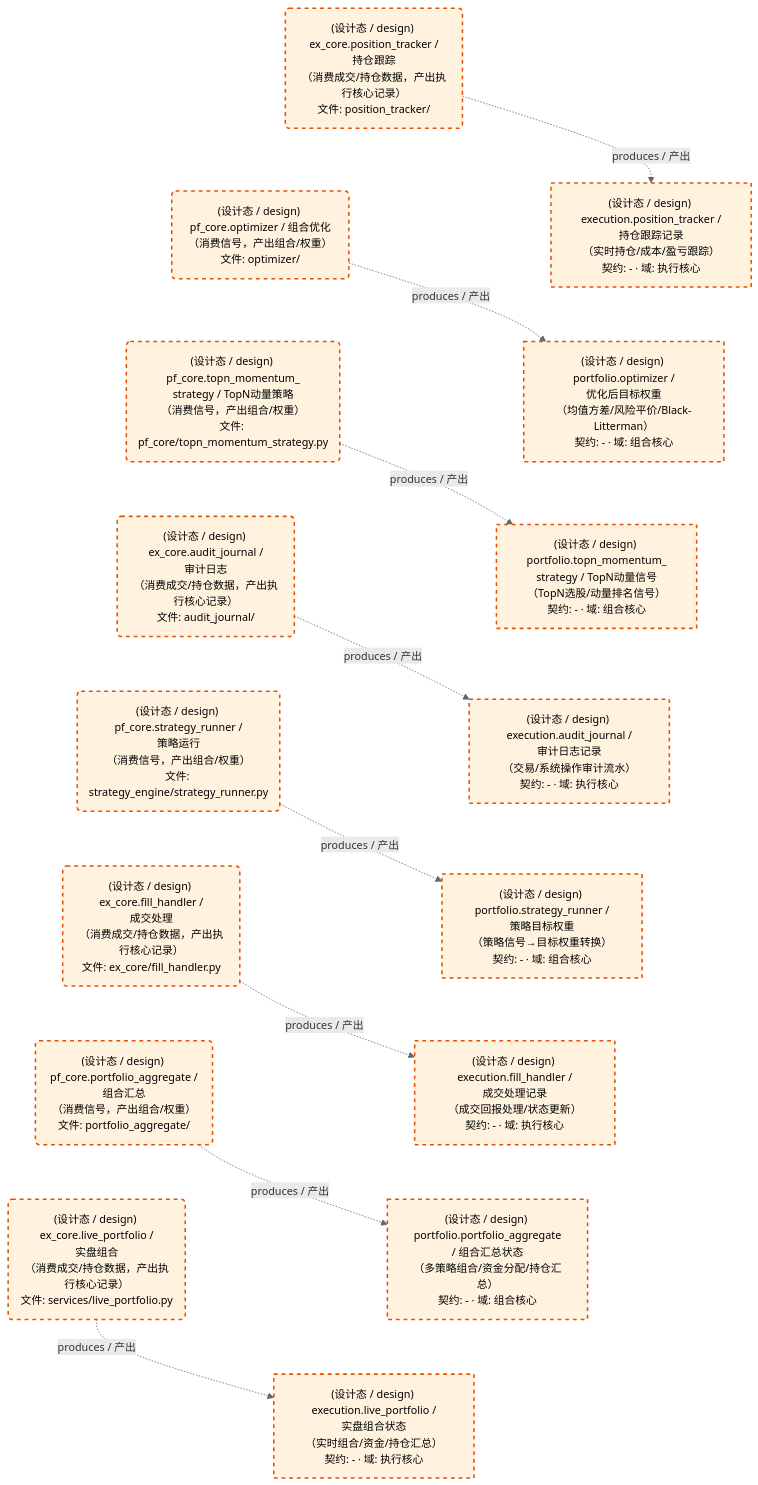
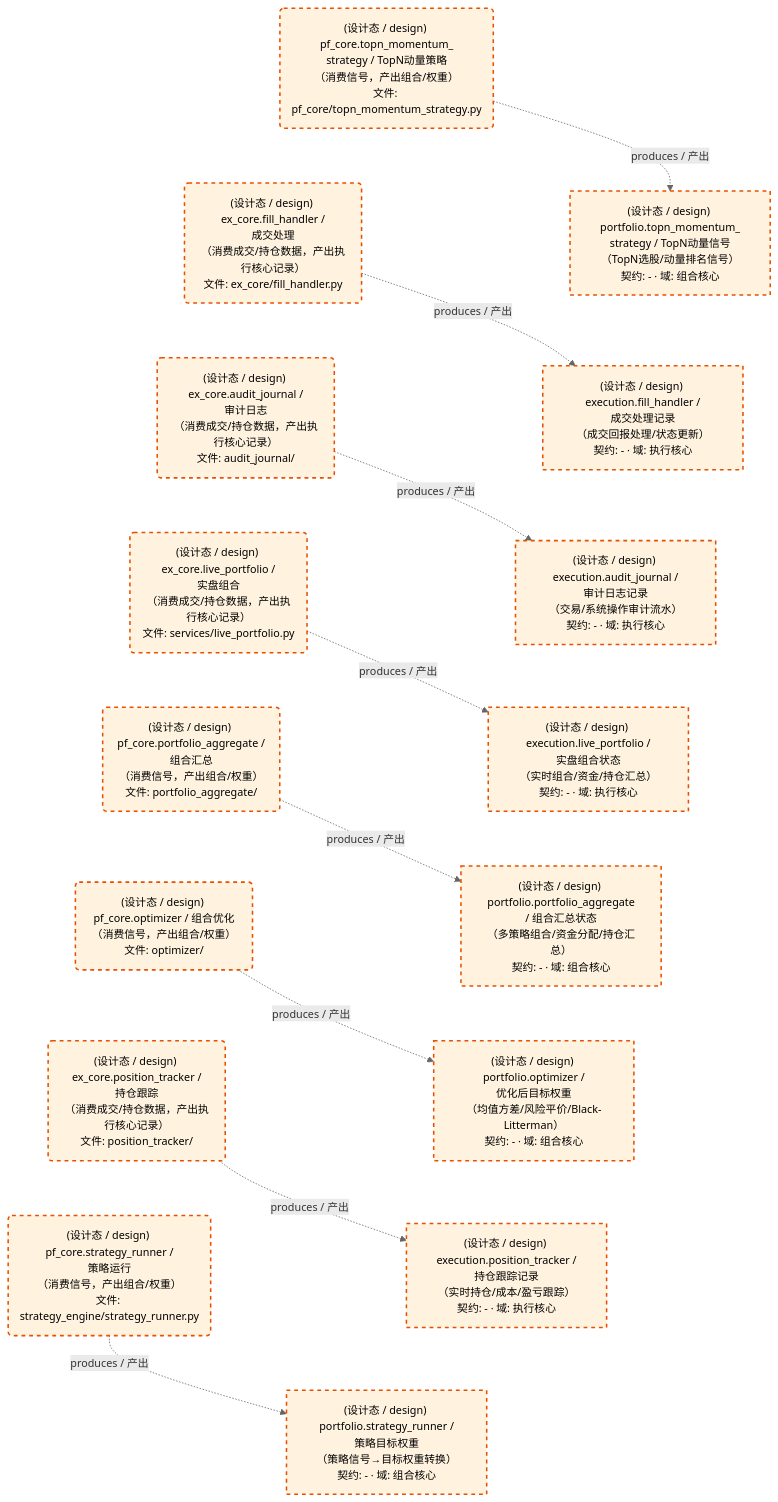
One commit to xuanFelixVan/ZephyrAlpha changed the third of 3 diagrams in docs/02_enterprise_architecture/05_dataflow_architecture/d_ex_pf_core.md. Above: the diagram before and after it, drawn with Mermaid. The commit also changed other lines of this file and 123 other files, not shown here.

````diff
--- a/docs/02_enterprise_architecture/05_dataflow_architecture/d_ex_pf_core.md
+++ b/docs/02_enterprise_architecture/05_dataflow_architecture/d_ex_pf_core.md
@@ -144,47 +144,47 @@
 ```mermaid
 %%{init: {'theme': 'base', 'themeVariables': {'primaryColor': '#eaeaea', 'primaryTextColor': '#333333', 'primaryBorderColor': '#666666', 'lineColor': '#666666', 'secondaryColor': '#eaeaea', 'tertiaryColor': '#eaeaea', 'clusterBkg': 'transparent', 'clusterBorder': 'transparent', 'fontSize': '14px'}}}%%
 flowchart TD
     DS11263["(设计态 / design) execution.audit_journal /<br/>审计日志记录<br/>（交易/系统操作审计流水）<br/>契约: - · 域: 执行核心"]
     DS11264["(设计态 / design) execution.fill_handler /<br/>成交处理记录<br/>（成交回报处理/状态更新）<br/>契约: - · 域: 执行核心"]
     DS11266["(设计态 / design) execution.live_portfolio /<br/>实盘组合状态<br/>（实时组合/资金/持仓汇总）<br/>契约: - · 域: 执行核心"]
     DS11265["(设计态 / design) execution.position_tracker /<br/>持仓跟踪记录<br/>（实时持仓/成本/盈亏跟踪）<br/>契约: - · 域: 执行核心"]
     DS11267["(设计态 / design) portfolio.optimizer /<br/>优化后目标权重<br/>（均值方差/风险平价/Black-Litterman）<br/>契约: - · 域: 组合核心"]
     DS11268["(设计态 / design) portfolio.portfolio_aggregate<br/>/ 组合汇总状态<br/>（多策略组合/资金分配/持仓汇总）<br/>契约: - · 域: 组合核心"]
     DS11269["(设计态 / design) portfolio.strategy_runner /<br/>策略目标权重<br/>（策略信号→目标权重转换）<br/>契约: - · 域: 组合核心"]
     DS11270["(设计态 / design) portfolio.topn_momentum_<br/>strategy / TopN动量信号<br/>（TopN选股/动量排名信号）<br/>契约: - · 域: 组合核心"]
     JOB757627("(设计态 / design) ex_core.audit_journal /<br/>审计日志<br/>（消费成交/持仓数据，产出执行核心记录）<br/>文件: audit_journal/")
     JOB757628("(设计态 / design) ex_core.fill_handler /<br/>成交处理<br/>（消费成交/持仓数据，产出执行核心记录）<br/>文件: ex_core/fill_handler.py")
     JOB757630("(设计态 / design) ex_core.live_portfolio /<br/>实盘组合<br/>（消费成交/持仓数据，产出执行核心记录）<br/>文件: services/live_portfolio.py")
     JOB757629("(设计态 / design) ex_core.position_tracker /<br/>持仓跟踪<br/>（消费成交/持仓数据，产出执行核心记录）<br/>文件: position_tracker/")
     JOB757631("(设计态 / design) pf_core.optimizer / 组合优化<br/>（消费信号，产出组合/权重）<br/>文件: optimizer/")
     JOB757632("(设计态 / design) pf_core.portfolio_aggregate /<br/>组合汇总<br/>（消费信号，产出组合/权重）<br/>文件: portfolio_aggregate/")
     JOB757633("(设计态 / design) pf_core.strategy_runner /<br/>策略运行<br/>（消费信号，产出组合/权重）<br/>文件: strategy_engine/strategy_runner.py")
     JOB757634("(设计态 / design) pf_core.topn_momentum_<br/>strategy / TopN动量策略<br/>（消费信号，产出组合/权重）<br/>文件: pf_core/topn_momentum_strategy.py")
     JOB757627 -.->|produces / 产出| DS11263
     JOB757628 -.->|produces / 产出| DS11264
     JOB757629 -.->|produces / 产出| DS11265
     JOB757630 -.->|produces / 产出| DS11266
     JOB757631 -.->|produces / 产出| DS11267
     JOB757632 -.->|produces / 产出| DS11268
     JOB757633 -.->|produces / 产出| DS11269
     JOB757634 -.->|produces / 产出| DS11270
-    JOB757629 ~~~ JOB757631
-    JOB757631 ~~~ JOB757634
-    JOB757634 ~~~ JOB757627
-    JOB757627 ~~~ JOB757633
-    JOB757633 ~~~ JOB757628
-    JOB757628 ~~~ JOB757632
-    JOB757632 ~~~ JOB757630
-    DS11265 ~~~ DS11267
-    DS11267 ~~~ DS11270
-    DS11270 ~~~ DS11263
-    DS11263 ~~~ DS11269
-    DS11269 ~~~ DS11264
-    DS11264 ~~~ DS11268
-    DS11268 ~~~ DS11266
+    JOB757634 ~~~ JOB757628
+    JOB757628 ~~~ JOB757627
+    JOB757627 ~~~ JOB757630
+    JOB757630 ~~~ JOB757632
+    JOB757632 ~~~ JOB757631
+    JOB757631 ~~~ JOB757629
+    JOB757629 ~~~ JOB757633
+    DS11270 ~~~ DS11264
+    DS11264 ~~~ DS11263
+    DS11263 ~~~ DS11266
+    DS11266 ~~~ DS11268
+    DS11268 ~~~ DS11267
+    DS11267 ~~~ DS11265
+    DS11265 ~~~ DS11269
     classDef production fill:#e1f5fe,stroke:#01579b,stroke-width:2px,color:#000
     classDef design fill:#fff3e0,stroke:#e65100,stroke-width:2px,color:#000,stroke-dasharray: 5 5
     classDef external_prod fill:#e8f4fd,stroke:#0277bd,stroke-width:1px,color:#000
     classDef external_design fill:#fff8e7,stroke:#ef6c00,stroke-width:1px,color:#000,stroke-dasharray: 5 5
     class DS11263,DS11264,DS11266,DS11265,DS11267,DS11268,DS11269,DS11270,JOB757627,JOB757628,JOB757630,JOB757629,JOB757631,JOB757632,JOB757633,JOB757634 design
 ```
````
